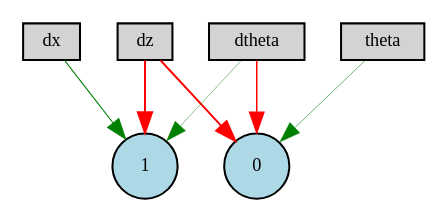
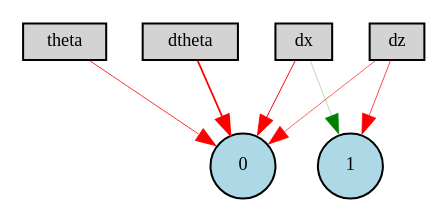
The diagram in fourth_stabiliser/Digraph.gv (benjaminkeltjens/BioInspiredDrone), drawn with Graphviz before and after one commit. The commit also changed 890 other files, not shown here.

```diff
--- a/fourth_stabiliser/Digraph.gv
+++ b/fourth_stabiliser/Digraph.gv
@@ -1,15 +1,15 @@
 digraph {
 	node [fontsize=9 height=0.2 shape=circle width=0.2]
 	dx [fillcolor=lightgray shape=box style=filled]
 	dz [fillcolor=lightgray shape=box style=filled]
 	theta [fillcolor=lightgray shape=box style=filled]
 	dtheta [fillcolor=lightgray shape=box style=filled]
 	0 [fillcolor=lightblue style=filled]
 	1 [fillcolor=lightblue style=filled]
-	dtheta -> 0 [color=red penwidth=0.7291650867478247 style=solid]
-	dz -> 0 [color=red penwidth=0.9944578550331753 style=solid]
-	dz -> 1 [color=red penwidth=0.9936855174903305 style=solid]
-	dx -> 1 [color=green penwidth=0.5139271048237464 style=solid]
-	theta -> 0 [color=green penwidth=0.2884673793499888 style=solid]
-	dtheta -> 1 [color=green penwidth=0.2326074792749895 style=solid]
+	dtheta -> 0 [color=red penwidth=0.8576438938325415 style=solid]
+	dz -> 0 [color=red penwidth=0.3071531617496991 style=solid]
+	dz -> 1 [color=red penwidth=0.35997647978528524 style=solid]
+	theta -> 0 [color=red penwidth=0.4008188478949666 style=solid]
+	dx -> 0 [color=red penwidth=0.4938943883712281 style=solid]
+	dx -> 1 [color=green penwidth=0.1353586075155709 style=solid]
 }
```
